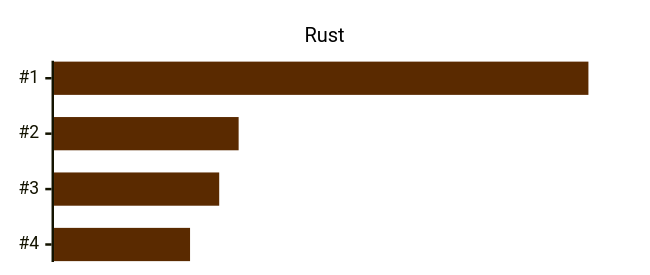
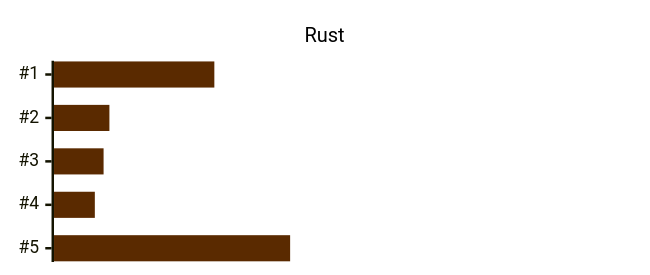
The sixth of 6 diagrams in doc/performance.md (thomasmueller/bau-lang), drawn with Mermaid before and after one commit. The commit also changed other lines of this file and 19 other files, not shown here.

````diff
--- a/doc/performance.md
+++ b/doc/performance.md
@@ -136,21 +172,21 @@
 ```mermaid
 ---
 config:
     xyChart:
         titleFontSize: 16
         width: 500
         height: 200
         plotReservedSpacePercent: 80
         yAxis: { showLabel: false, showTick: false, showAxisLine: false }
         chartOrientation: "horizontal"
     themeVariables:
         xyChart:
             titleColor: "#000000"
             plotColorPalette: "#5A2A00"
 ---
 xychart-beta
     title "Rust"
-    x-axis [#1, #2, #3, #4]
-    y-axis "Seconds" 0 --> 6
-    bar [5.5, 1.9, 1.7, 1.4]
+    x-axis [#1, #2, #3, #4, #5]
+    y-axis "Seconds" 0 --> 20
+    bar [5.5, 1.9, 1.7, 1.4, 8.1]
 ```
````
